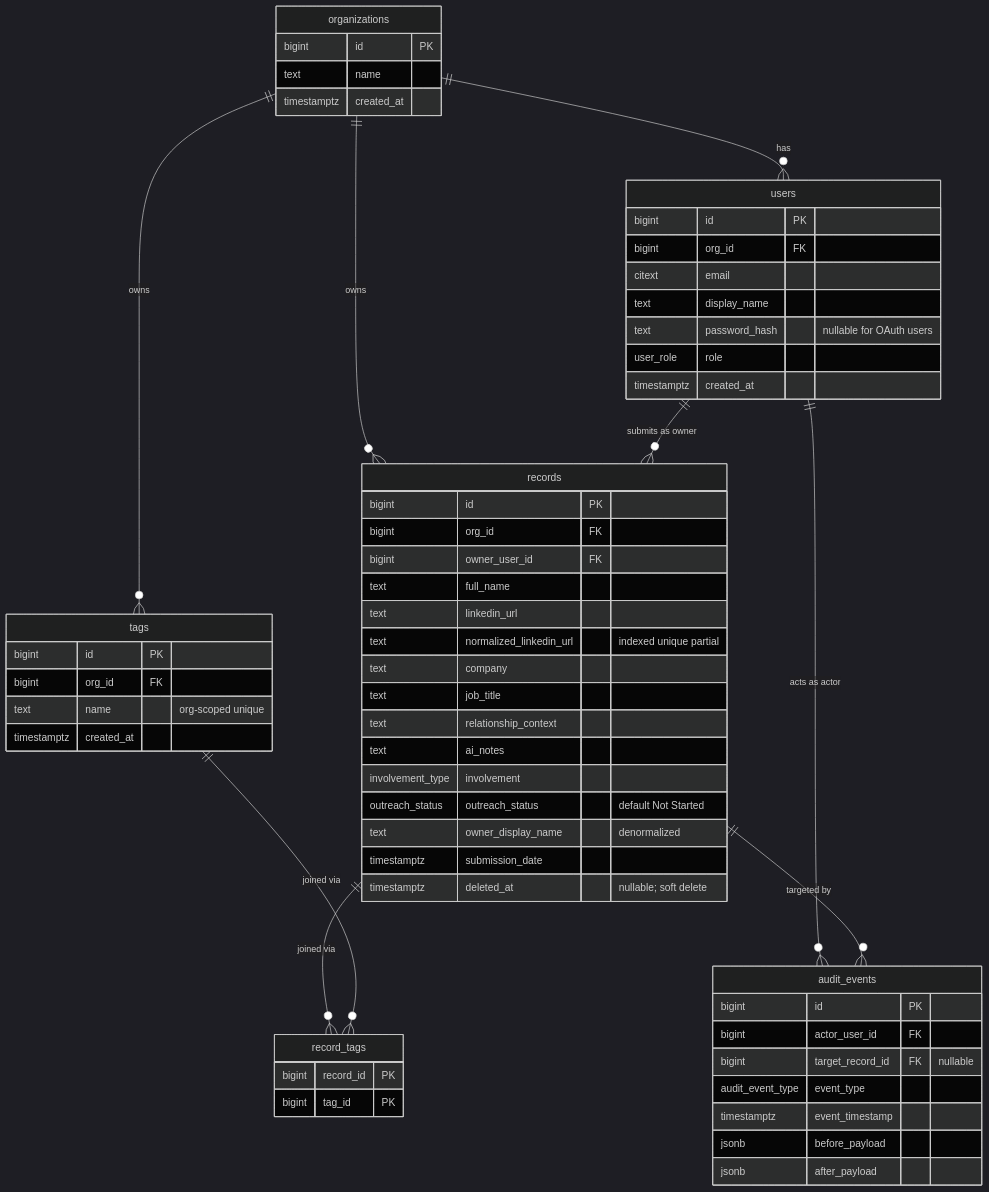
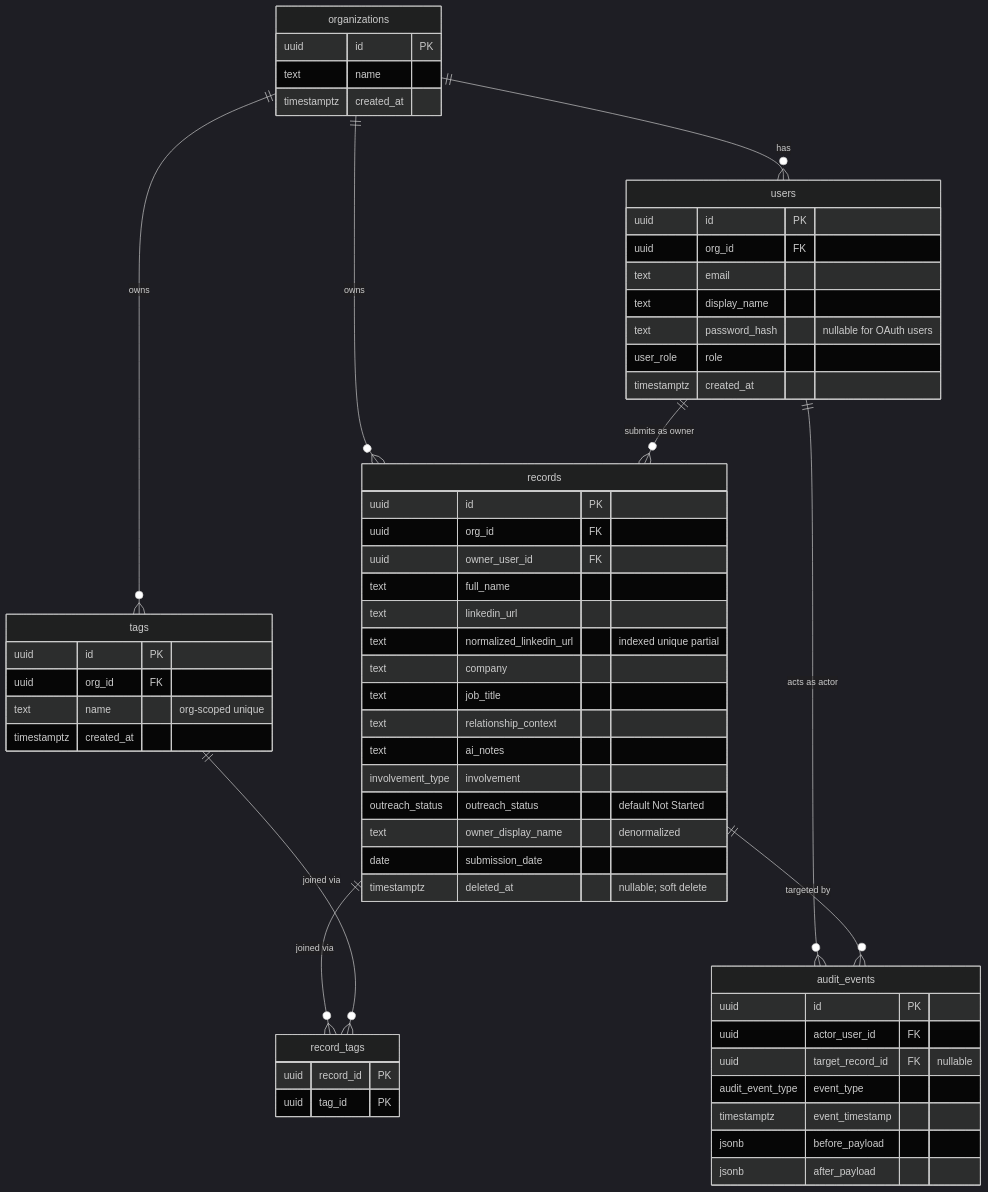
Before and after one commit to jrubin-blitzy/Sales-Connections: the second of 7 diagrams in docs/architecture.md, drawn with Mermaid (dark theme). The commit also changed other lines of this file and 21 other files, not shown here.

````diff
--- a/docs/architecture.md
+++ b/docs/architecture.md
@@ -179,63 +179,63 @@
 ```mermaid
 erDiagram
     organizations ||--o{ users : has
     organizations ||--o{ records : owns
     organizations ||--o{ tags : owns
     users ||--o{ records : "submits as owner"
     users ||--o{ audit_events : "acts as actor"
     records ||--o{ record_tags : "joined via"
     tags ||--o{ record_tags : "joined via"
     records ||--o{ audit_events : "targeted by"
 
     organizations {
-        bigint id PK
+        uuid id PK
         text name
         timestamptz created_at
     }
     users {
-        bigint id PK
-        bigint org_id FK
-        citext email
+        uuid id PK
+        uuid org_id FK
+        text email
         text display_name
         text password_hash "nullable for OAuth users"
         user_role role
         timestamptz created_at
     }
     records {
-        bigint id PK
-        bigint org_id FK
-        bigint owner_user_id FK
+        uuid id PK
+        uuid org_id FK
+        uuid owner_user_id FK
         text full_name
         text linkedin_url
         text normalized_linkedin_url "indexed unique partial"
         text company
         text job_title
         text relationship_context
         text ai_notes
         involvement_type involvement
         outreach_status outreach_status "default Not Started"
         text owner_display_name "denormalized"
-        timestamptz submission_date
+        date submission_date
         timestamptz deleted_at "nullable; soft delete"
     }
     tags {
-        bigint id PK
-        bigint org_id FK
+        uuid id PK
+        uuid org_id FK
         text name "org-scoped unique"
         timestamptz created_at
     }
     record_tags {
-        bigint record_id PK
-        bigint tag_id PK
+        uuid record_id PK
+        uuid tag_id PK
     }
     audit_events {
-        bigint id PK
-        bigint actor_user_id FK
-        bigint target_record_id FK "nullable"
+        uuid id PK
+        uuid actor_user_id FK
+        uuid target_record_id FK "nullable"
         audit_event_type event_type
         timestamptz event_timestamp
         jsonb before_payload
         jsonb after_payload
     }
-%% Diagram: Entity-Relationship Diagram. Legend: Lines with double-pipe ends (||) denote one-side cardinality; lines with crow-foot ends (o{) denote many-side cardinality; PK = primary key; FK = foreign key. The audit_events.target_record_id is nullable for events that do not target a single record (such as authentication and role_change).
+%% Diagram: Entity-Relationship Diagram. Legend: Lines with double-pipe ends (||) denote one-side cardinality; lines with crow-foot ends (o{) denote many-side cardinality; PK = primary key; FK = foreign key. Primary keys, organization scoping foreign keys, and association keys are PostgreSQL `uuid` columns; emails are `text` (320-char column-level cap mirrored from RFC 3696). The audit_events.target_record_id is nullable for events that do not target a single record (such as authentication and role_change).
 ```
````
